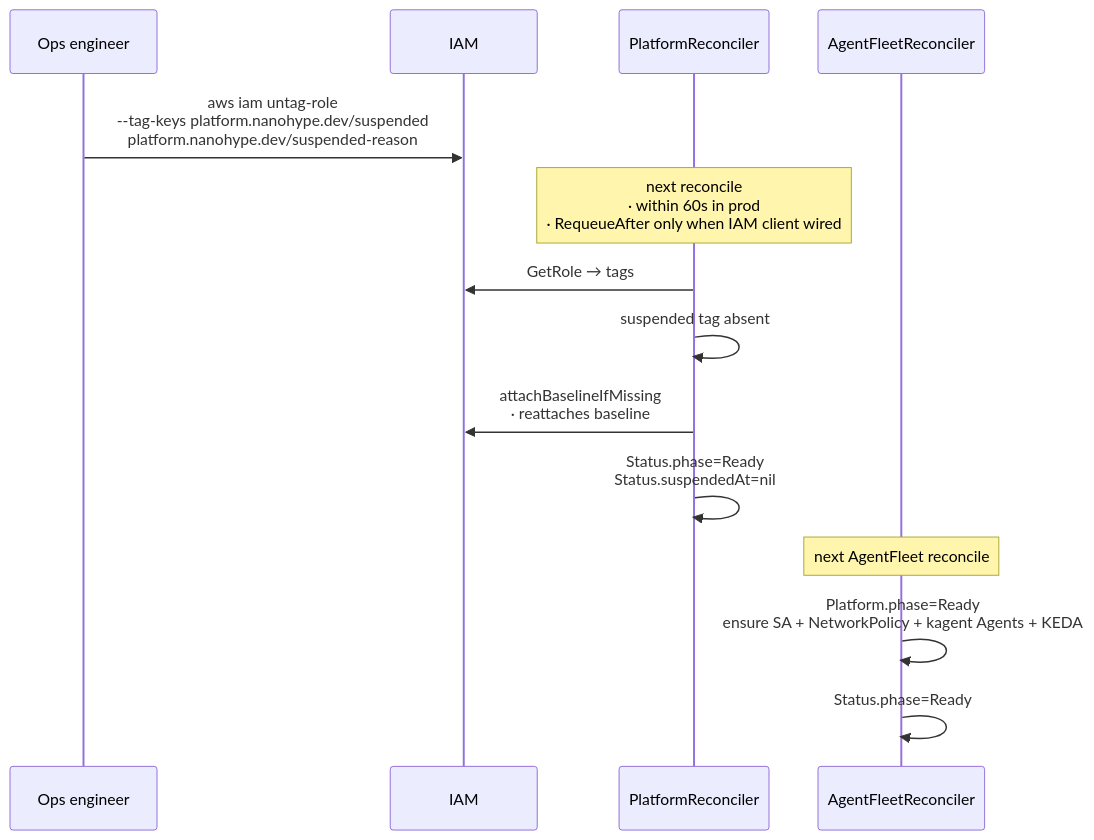
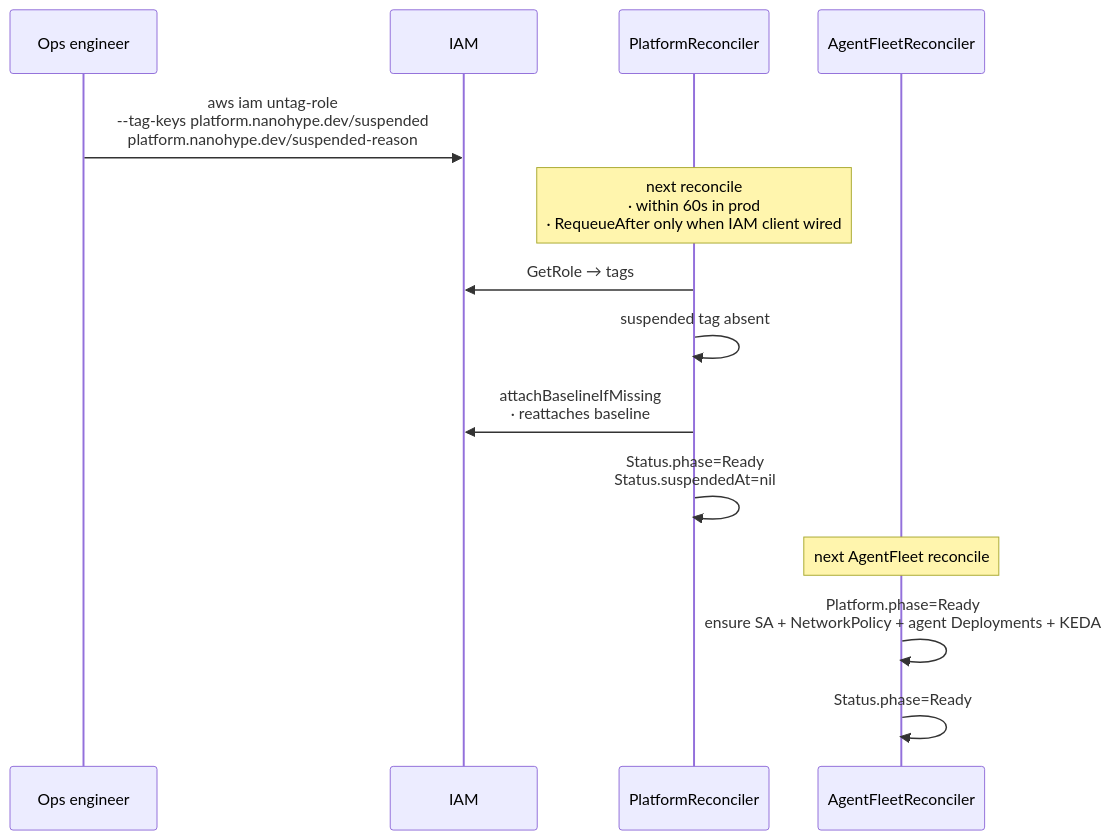
The second of 2 diagrams in docs/architecture/kill-switch-flow.md (nanohype/eks-agent-platform), drawn with Mermaid before and after one commit. The commit also changed 60 other files, not shown here.

First line of the commit message:
feat: run fleet agents as tenant Deployments instead of a hosted runtime

````diff
--- a/docs/architecture/kill-switch-flow.md
+++ b/docs/architecture/kill-switch-flow.md
@@ -52,17 +52,17 @@
 ```mermaid
 sequenceDiagram
   participant Ops as Ops engineer
   participant IAM
   participant PR as PlatformReconciler
   participant AR as AgentFleetReconciler
 
   Ops->>IAM: aws iam untag-role<br/>--tag-keys platform.nanohype.dev/suspended<br/>             platform.nanohype.dev/suspended-reason
   Note over PR: next reconcile<br/>· within 60s in prod<br/>· RequeueAfter only when IAM client wired
   PR->>IAM: GetRole → tags
   PR->>PR: suspended tag absent
   PR->>IAM: attachBaselineIfMissing<br/>· reattaches baseline
   PR->>PR: Status.phase=Ready<br/>Status.suspendedAt=nil
   Note over AR: next AgentFleet reconcile
-  AR->>AR: Platform.phase=Ready<br/>ensure SA + NetworkPolicy + kagent Agents + KEDA
+  AR->>AR: Platform.phase=Ready<br/>ensure SA + NetworkPolicy + agent Deployments + KEDA
   AR->>AR: Status.phase=Ready
 ```
````
